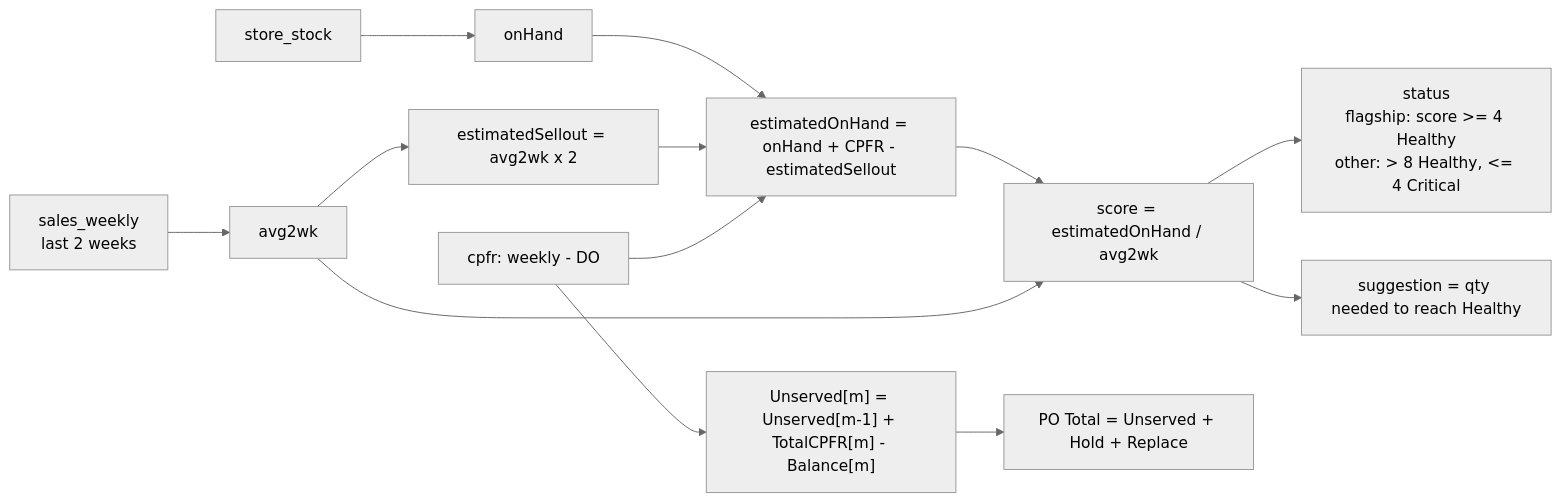
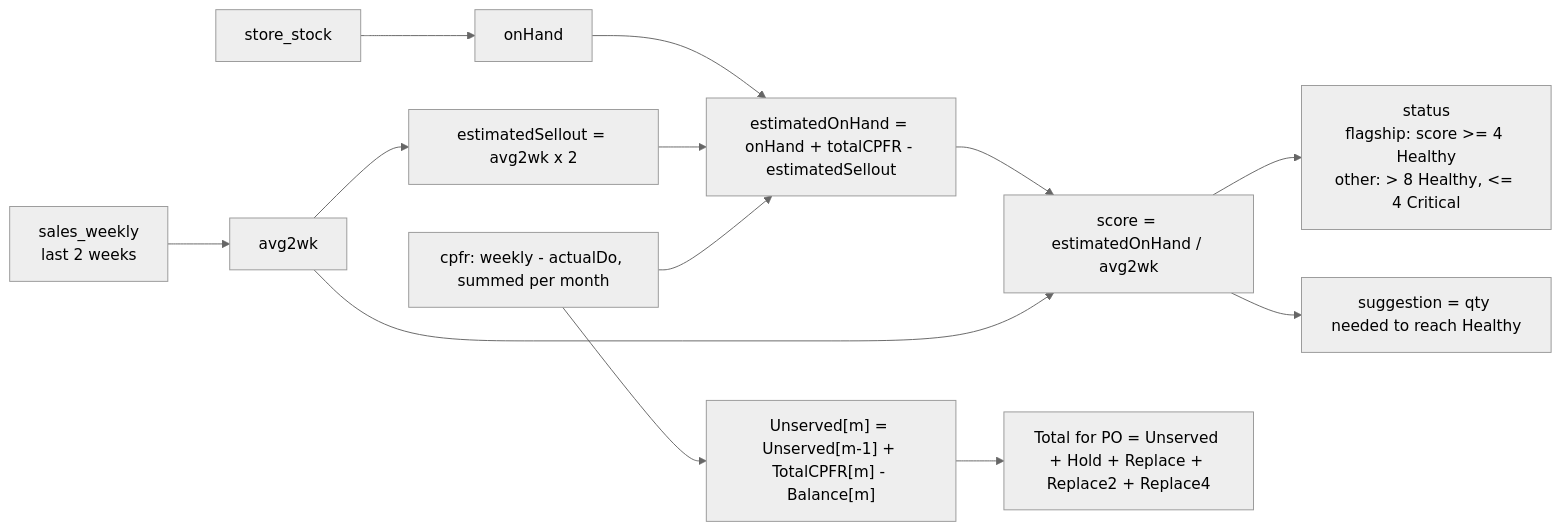
One commit to phonevilleofficial2025/stock-predictor changed the fifth of 5 diagrams in docs/DATAFLOW.md. Above: the diagram before and after it, drawn with Mermaid (neutral theme). The commit also changed other lines of this file and 4 other files, not shown here.

````diff
--- a/docs/DATAFLOW.md
+++ b/docs/DATAFLOW.md
@@ -62,15 +91,15 @@
 ```mermaid
 flowchart LR
   S["sales_weekly<br/>last 2 weeks"] --> AVG["avg2wk"]
   ST["store_stock"] --> OH["onHand"]
   AVG --> ES["estimatedSellout = avg2wk x 2"]
-  OH --> EO["estimatedOnHand = onHand + CPFR - estimatedSellout"]
+  OH --> EO["estimatedOnHand = onHand + totalCPFR - estimatedSellout"]
   ES --> EO
   EO --> SC["score = estimatedOnHand / avg2wk"]
   AVG --> SC
   SC --> STAT["status<br/>flagship: score >= 4 Healthy<br/>other: > 8 Healthy, <= 4 Critical"]
   SC --> SUG["suggestion = qty needed to reach Healthy"]
-  CP["cpfr: weekly - DO"] --> EO
+  CP["cpfr: weekly - actualDo, summed per month"] --> EO
   CP --> UN["Unserved[m] = Unserved[m-1] + TotalCPFR[m] - Balance[m]"]
-  UN --> PO["PO Total = Unserved + Hold + Replace"]
+  UN --> PO["Total for PO = Unserved + Hold + Replace + Replace2 + Replace4"]
 ```
````
